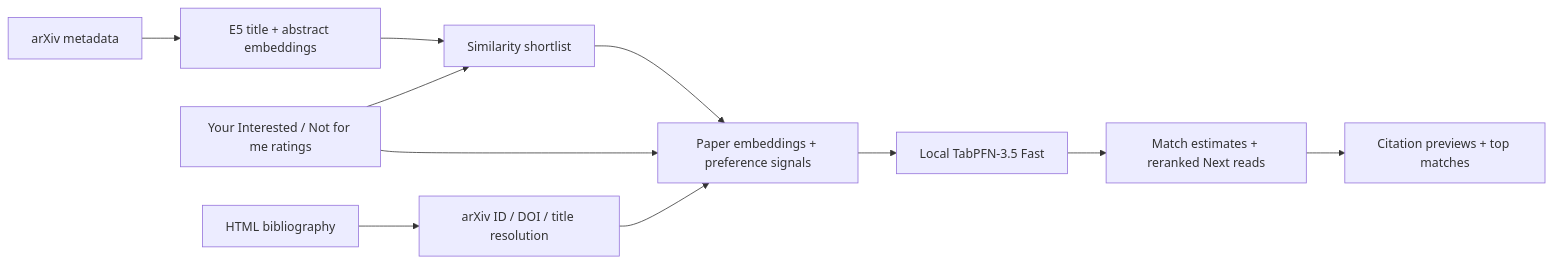
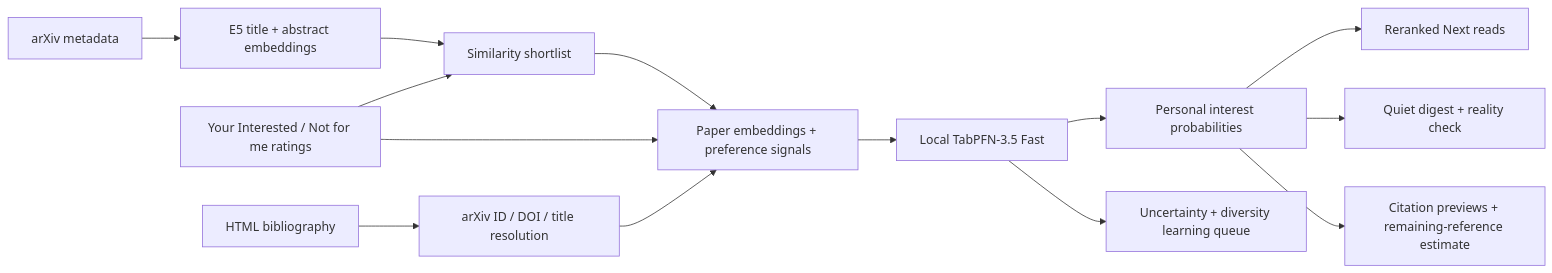
The diagram in README.md (James-Begin/LensPFN), drawn with Mermaid before and after one commit. The commit also changed other lines of this file and 6 other files, not shown here.

````diff
--- a/README.md
+++ b/README.md
@@ -84,13 +102,16 @@
 ```mermaid
 flowchart LR
     A[arXiv metadata] --> B[E5 title + abstract embeddings]
     R[Your Interested / Not for me ratings] --> C[Similarity shortlist]
     B --> C
     C --> F[Paper embeddings + preference signals]
     R --> F
     F --> T[Local TabPFN-3.5 Fast]
-    T --> M[Match estimates + reranked Next reads]
+    T --> M[Personal interest probabilities]
+    M --> N[Reranked Next reads]
+    M --> D[Quiet digest + reality check]
+    T --> U[Uncertainty + diversity learning queue]
     H[HTML bibliography] --> L[arXiv ID / DOI / title resolution]
     L --> F
-    M --> P[Citation previews + top matches]
+    M --> P[Citation previews + remaining-reference estimate]
 ```
````
